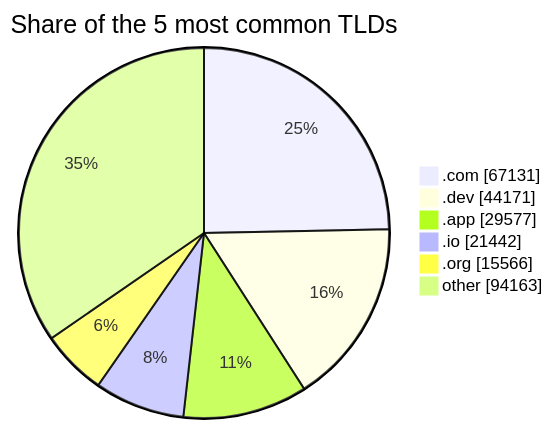
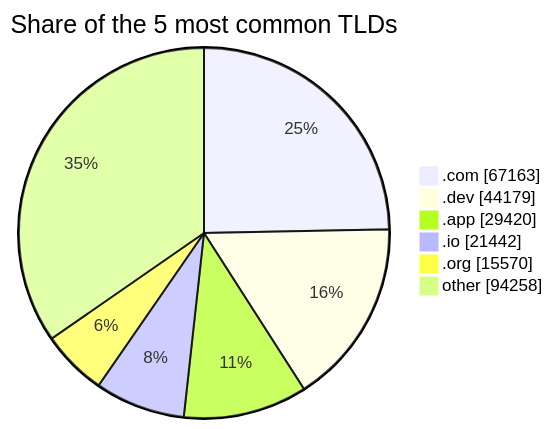
The third of 3 diagrams in README.md (DNSBunker/CTI), drawn with Mermaid before and after one commit. The commit also changed other lines of this file and 3 other files, not shown here.

````diff
--- a/README.md
+++ b/README.md
@@ -81,9 +81,9 @@
 ```mermaid
 pie showData title Share of the 5 most common TLDs
-    ".com" : 67131
-    ".dev" : 44171
-    ".app" : 29577
+    ".com" : 67163
+    ".dev" : 44179
+    ".app" : 29420
     ".io" : 21442
-    ".org" : 15566
-    "other" : 94163
+    ".org" : 15570
+    "other" : 94258
 ```
````
